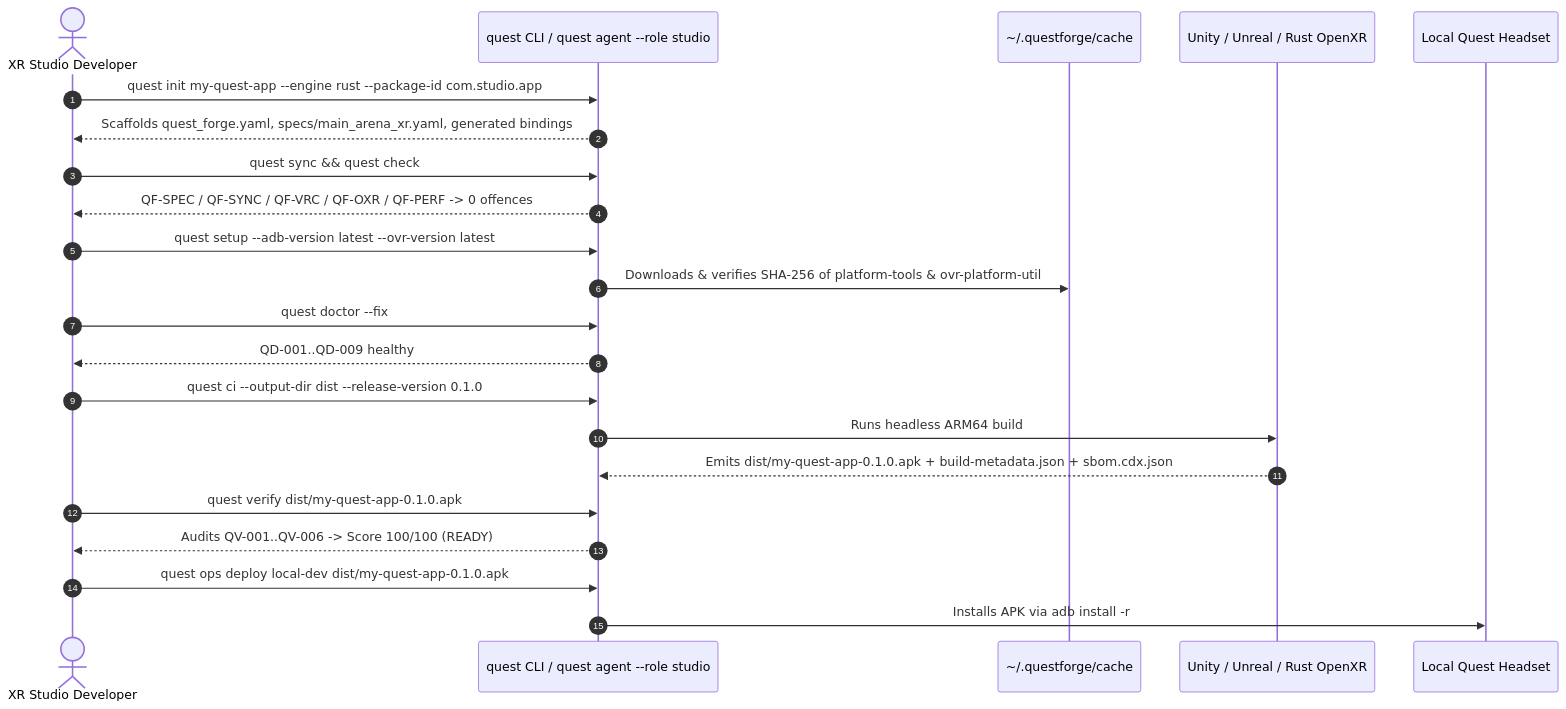
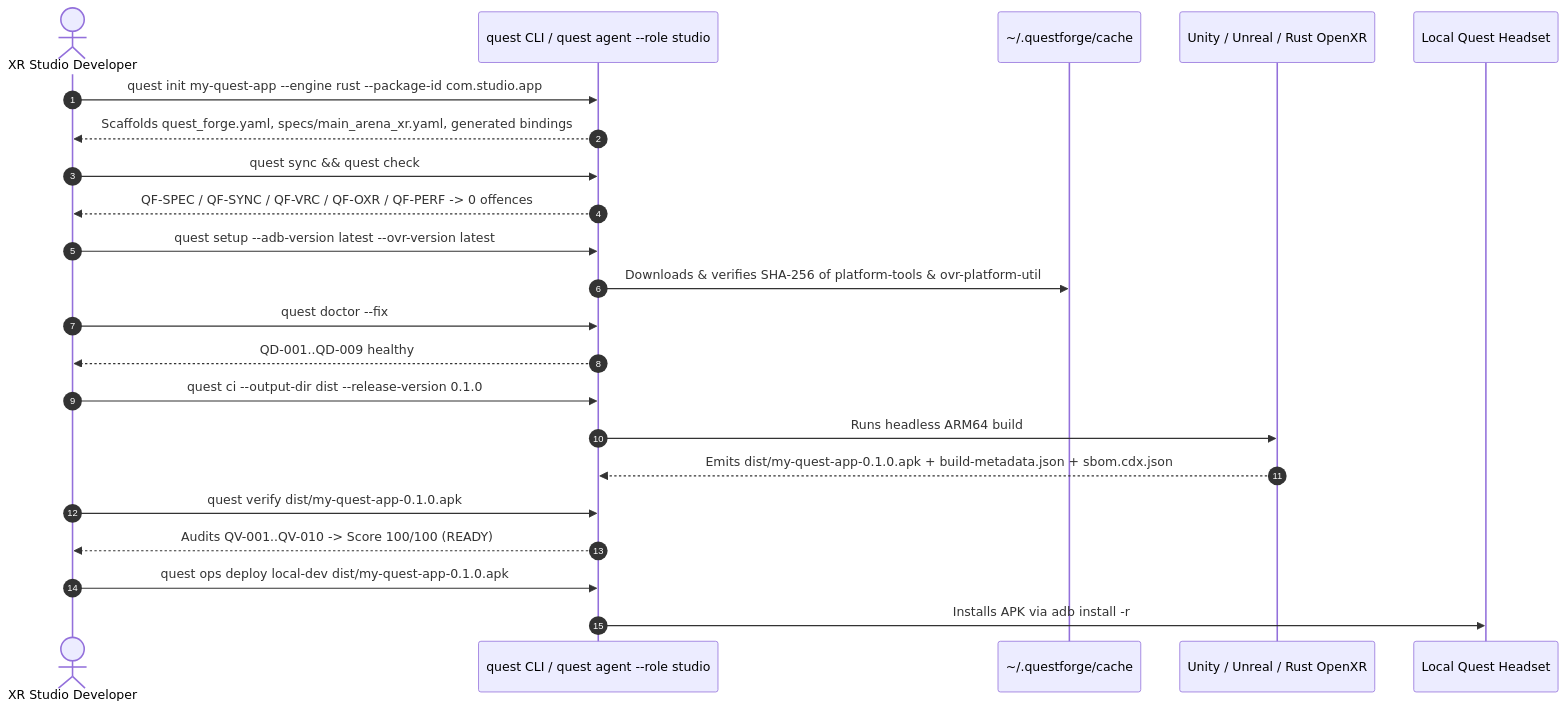
One commit to sweengineeringlabs/questforge changed the third of 3 diagrams in docs/3-design/workflow/studio.md. Above: the diagram before and after it, drawn with Mermaid. The commit also changed 15 other files, not shown here.

````diff
--- a/docs/3-design/workflow/studio.md
+++ b/docs/3-design/workflow/studio.md
@@ -69,25 +69,25 @@
 ```mermaid
 sequenceDiagram
     autonumber
     actor Studio as XR Studio Developer
     participant CLI as quest CLI / quest agent --role studio
     participant Cache as ~/.questforge/cache
     participant Engine as Unity / Unreal / Rust OpenXR
     participant Quest as Local Quest Headset
 
     Studio->>CLI: quest init my-quest-app --engine rust --package-id com.studio.app
     CLI-->>Studio: Scaffolds quest_forge.yaml, specs/main_arena_xr.yaml, generated bindings
     Studio->>CLI: quest sync && quest check
     CLI-->>Studio: QF-SPEC / QF-SYNC / QF-VRC / QF-OXR / QF-PERF -> 0 offences
     Studio->>CLI: quest setup --adb-version latest --ovr-version latest
     CLI->>Cache: Downloads & verifies SHA-256 of platform-tools & ovr-platform-util
     Studio->>CLI: quest doctor --fix
     CLI-->>Studio: QD-001..QD-009 healthy
     Studio->>CLI: quest ci --output-dir dist --release-version 0.1.0
     CLI->>Engine: Runs headless ARM64 build
     Engine-->>CLI: Emits dist/my-quest-app-0.1.0.apk + build-metadata.json + sbom.cdx.json
     Studio->>CLI: quest verify dist/my-quest-app-0.1.0.apk
-    CLI-->>Studio: Audits QV-001..QV-006 -> Score 100/100 (READY)
+    CLI-->>Studio: Audits QV-001..QV-010 -> Score 100/100 (READY)
     Studio->>CLI: quest ops deploy local-dev dist/my-quest-app-0.1.0.apk
     CLI->>Quest: Installs APK via adb install -r
 ```
````
